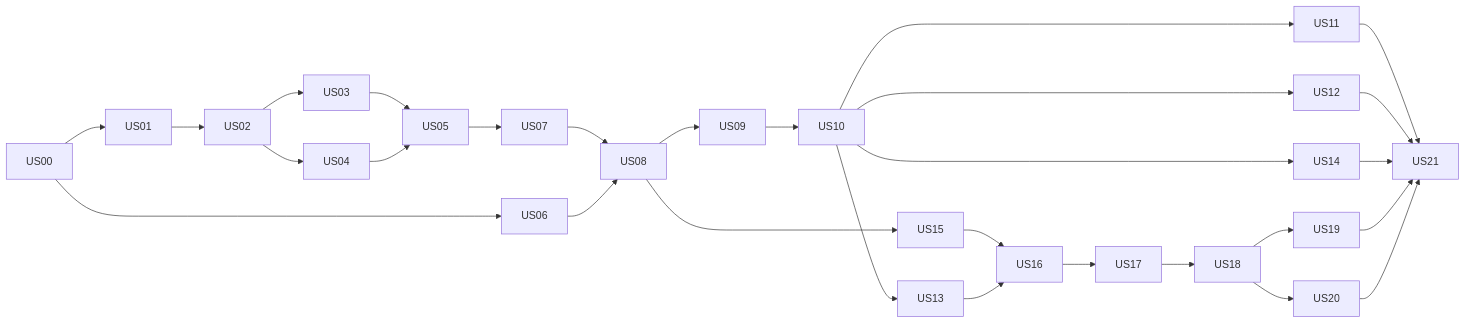
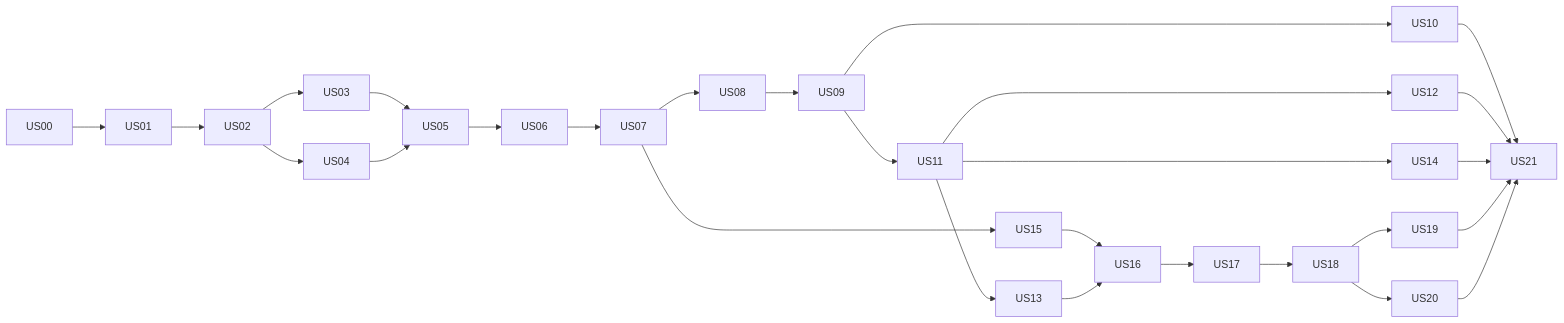
The second of 2 diagrams in docs/user-stories/README.md (tueanhtruong/xray-tool), drawn with Mermaid before and after one commit. The commit also changed other lines of this file and 20 other files, not shown here.

````diff
--- a/docs/user-stories/README.md
+++ b/docs/user-stories/README.md
@@ -57,10 +57,10 @@
 ```mermaid
 graph LR
   US00 --> US01 --> US02 --> US03 --> US05
-  US02 --> US04 --> US05 --> US07 --> US08
-  US00 --> US06 --> US08 --> US09 --> US10
-  US10 --> US11 & US12 & US13 & US14
-  US08 --> US15 --> US16
+  US02 --> US04 --> US05 --> US06 --> US07 --> US08 --> US09
+  US09 --> US10 & US11
+  US11 --> US12 & US13 & US14
+  US07 --> US15 --> US16
   US13 --> US16 --> US17 --> US18 --> US19 & US20
-  US11 & US12 & US14 & US19 & US20 --> US21
+  US10 & US12 & US14 & US19 & US20 --> US21
 ```
````
